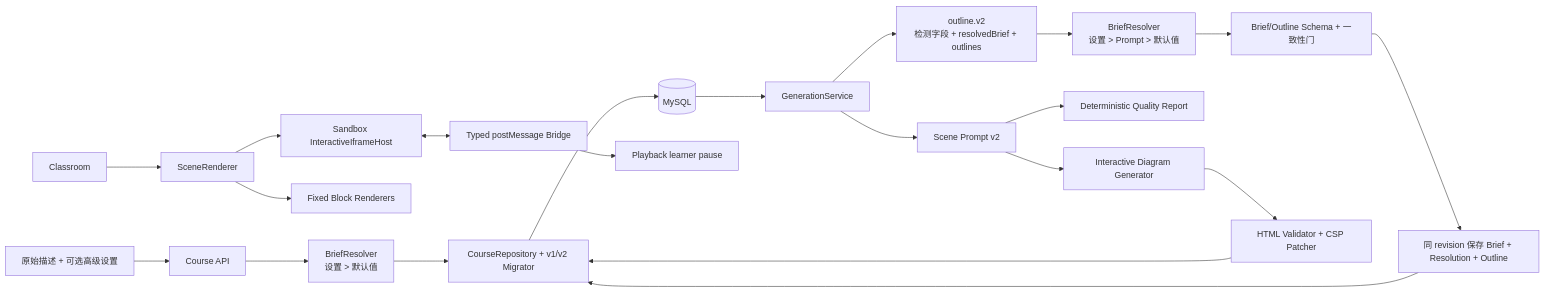
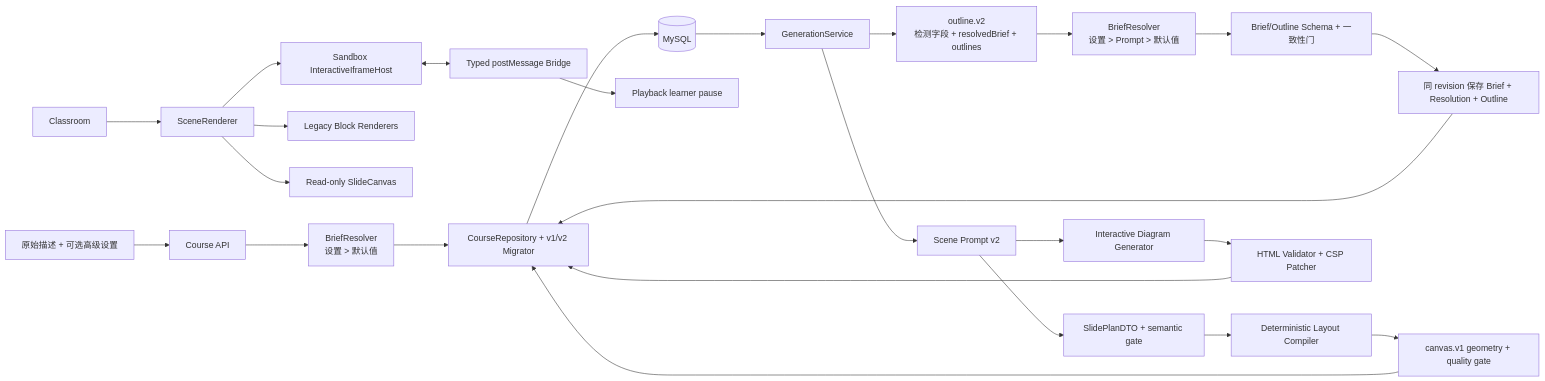
Before and after one commit to shuige666666/ai-teaching-assistance-platform: the second of 4 diagrams in docs/03-architecture.md, drawn with Mermaid. The commit also changed other lines of this file and 11 other files, not shown here.

````diff
--- a/docs/03-architecture.md
+++ b/docs/03-architecture.md
@@ -241,26 +245,30 @@
 ```mermaid
 flowchart LR
     Input["原始描述 + 可选高级设置"] --> CourseAPI["Course API"]
     CourseAPI --> Provisional["BriefResolver<br/>设置 > 默认值"]
     Provisional --> Repo["CourseRepository + v1/v2 Migrator"]
     Repo --> DB[(MySQL)]
 
     DB --> Generation["GenerationService"]
     Generation --> OutlineV2["outline.v2<br/>检测字段 + resolvedBrief + outlines"]
     OutlineV2 --> Resolve["BriefResolver<br/>设置 > Prompt > 默认值"]
     Resolve --> OutlineGate["Brief/Outline Schema + 一致性门"]
     OutlineGate --> AtomicSave["同 revision 保存 Brief + Resolution + Outline"]
     AtomicSave --> Repo
 
     Generation --> PromptV2["Scene Prompt v2"]
-    PromptV2 --> Quality["Deterministic Quality Report"]
+    PromptV2 --> SlidePlan["SlidePlanDTO + semantic gate"]
+    SlidePlan --> LayoutCompiler["Deterministic Layout Compiler"]
+    LayoutCompiler --> CanvasGate["canvas.v1 geometry + quality gate"]
+    CanvasGate --> Repo
     PromptV2 --> InteractiveGen["Interactive Diagram Generator"]
     InteractiveGen --> HtmlGate["HTML Validator + CSP Patcher"]
     HtmlGate --> Repo
 
     Classroom["Classroom"] --> SceneRenderer["SceneRenderer"]
-    SceneRenderer --> FixedBlocks["Fixed Block Renderers"]
+    SceneRenderer --> LegacyBlocks["Legacy Block Renderers"]
+    SceneRenderer --> SlideCanvas["Read-only SlideCanvas"]
     SceneRenderer --> IframeHost["Sandbox InteractiveIframeHost"]
     IframeHost <--> Bridge["Typed postMessage Bridge"]
     Bridge --> Player["Playback learner pause"]
 ```
````
